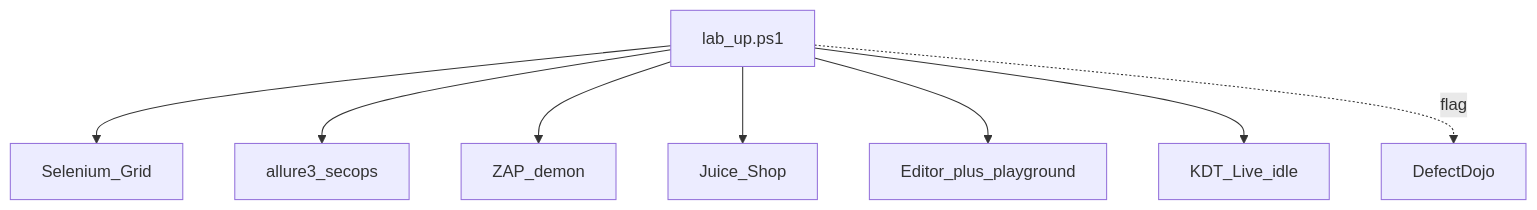
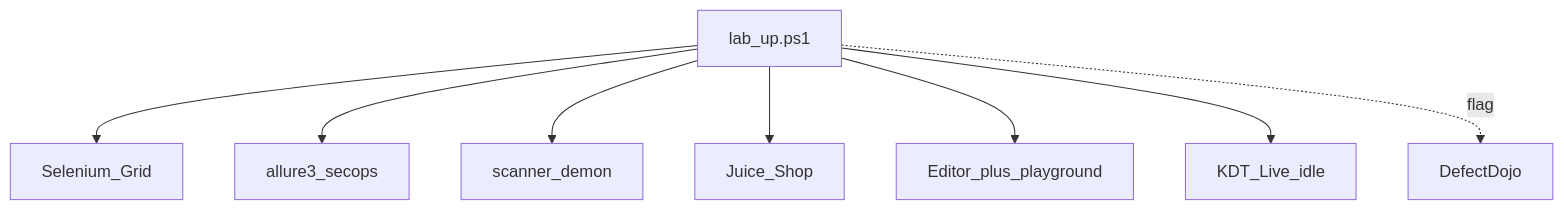
One commit to prettyk-io/prettyk-secops changed the diagram in sanctuary/pure/lab-up.md. Above: the diagram before and after it, drawn with Mermaid. The commit also changed other lines of this file and 638 other files, not shown here.

````diff
--- a/sanctuary/pure/lab-up.md
+++ b/sanctuary/pure/lab-up.md
@@ -10,10 +10,10 @@
 ```mermaid
 flowchart TB
   LabUp[lab_up.ps1] --> Grid[Selenium_Grid]
   LabUp --> Allure[allure3_secops]
-  LabUp --> Demon[ZAP_demon]
+  LabUp --> Demon[scanner_demon]
   LabUp --> Juice[Juice_Shop]
   LabUp --> UI[Editor_plus_playground]
   LabUp --> Live[KDT_Live_idle]
   LabUp -.->|flag| Dojo[DefectDojo]
 ```
````
